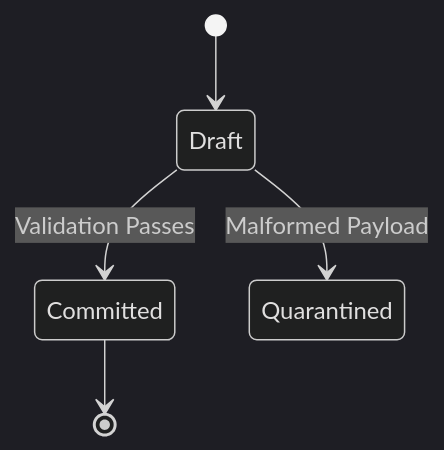
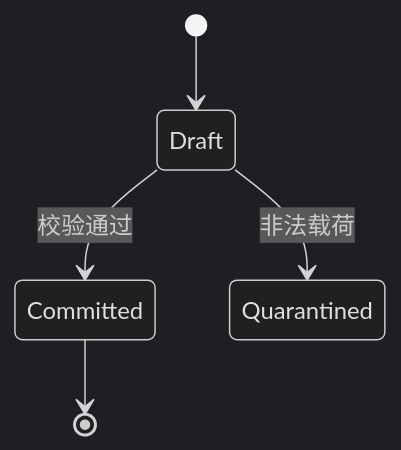
Before and after one commit to Asstar-X/repo-mentor: the second of 2 diagrams in templates/ARCHITECTURE.md, drawn with Mermaid (dark theme). The commit also changed other lines of this file and 19 other files, not shown here.

````diff
--- a/templates/ARCHITECTURE.md
+++ b/templates/ARCHITECTURE.md
@@ -108,7 +108,7 @@
   ```mermaid
   stateDiagram-v2
       [*] --> Draft
-      Draft --> Committed: Validation Passes
-      Draft --> Quarantined: Malformed Payload
+      Draft --> Committed: 校验通过
+      Draft --> Quarantined: 非法载荷
       Committed --> [*]
   ```
````
